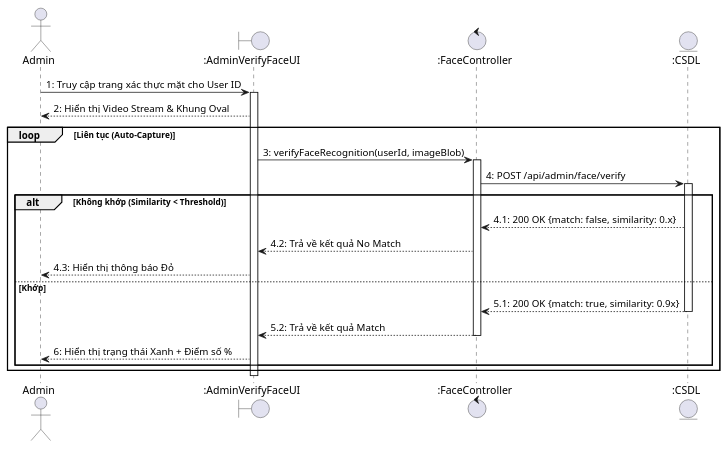
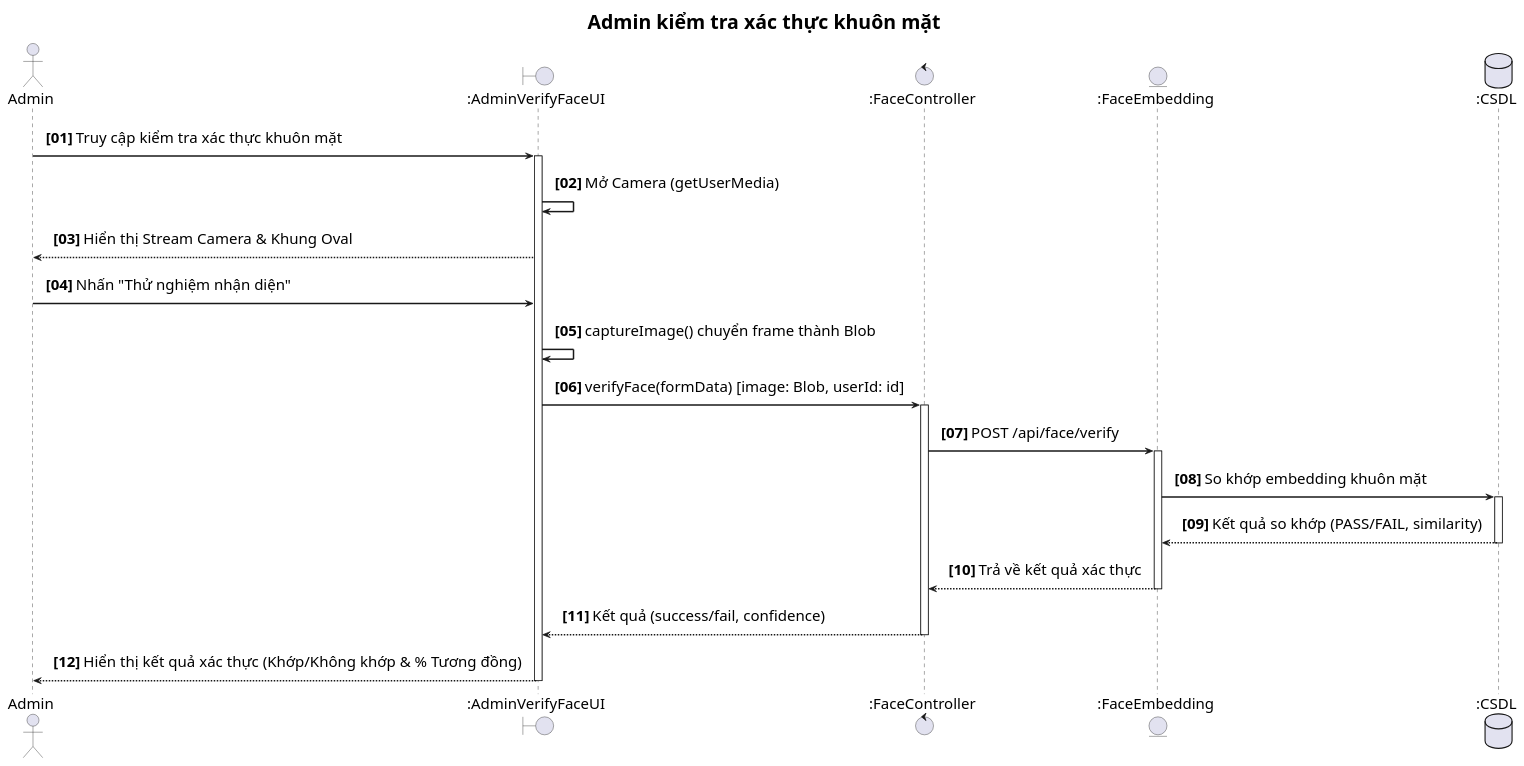
The diagram in front-end/src/usecaseUML/UC71_AdminXacThucMat.puml (Gonztbl/DATN_FRONT-END), drawn with PlantUML before and after one commit. The commit also changed 45 other files, not shown here.

```diff
--- a/front-end/src/usecaseUML/UC71_AdminXacThucMat.puml
+++ b/front-end/src/usecaseUML/UC71_AdminXacThucMat.puml
@@ -1,32 +1,52 @@
 @startuml UC71_AdminXacThucMat
-actor Admin
+title Admin kiểm tra xác thực khuôn mặt
+
+autonumber "<b>[00]</b>"
+skinparam sequenceArrowThickness 2
+skinparam roundcorner 10
+skinparam defaultFontSize 20
+skinparam titleFontSize 26
+skinparam sequenceFontSize 19
+skinparam sequenceMessageFontSize 20
+skinparam sequenceActorFontSize 20
+skinparam sequenceParticipantFontSize 20
+skinparam noteFontSize 18
+skinparam sequenceArrowFontSize 20
+skinparam sequence {
+    ParticipantPadding 30
+    LifeLinePadding 20
+    MessagePadding 10
+}
+
+actor "Admin" as Admin
 boundary ":AdminVerifyFaceUI" as UI
 control ":FaceController" as CTRL
-entity ":CSDL" as DB
+entity ":FaceEmbedding" as ENT
+database ":CSDL" as DB
 
-Admin -> UI : 1: Truy cập trang xác thực mặt cho User ID
+Admin -> UI : Truy cập kiểm tra xác thực khuôn mặt
 activate UI
 
-UI --> Admin : 2: Hiển thị Video Stream & Khung Oval
+UI -> UI : Mở Camera (getUserMedia)
+UI --> Admin : Hiển thị Stream Camera & Khung Oval
 
-loop Liên tục (Auto-Capture)
-    UI -> CTRL : 3: verifyFaceRecognition(userId, imageBlob)
-    activate CTRL
-    CTRL -> DB : 4: POST /api/admin/face/verify
-    activate DB
-    
-    alt Không khớp (Similarity < Threshold)
-        DB --> CTRL : 4.1: 200 OK {match: false, similarity: 0.x}
-        CTRL --> UI : 4.2: Trả về kết quả No Match
-        UI --> Admin : 4.3: Hiển thị thông báo Đỏ
-    else Khớp
-        DB --> CTRL : 5.1: 200 OK {match: true, similarity: 0.9x}
-        deactivate DB
-        CTRL --> UI : 5.2: Trả về kết quả Match
-        deactivate CTRL
-        UI --> Admin : 6: Hiển thị trạng thái Xanh + Điểm số %
-    end
-end
+Admin -> UI : Nhấn "Thử nghiệm nhận diện"
+UI -> UI : captureImage() chuyển frame thành Blob
+
+UI -> CTRL : verifyFace(formData) [image: Blob, userId: id]
+activate CTRL
+CTRL -> ENT : POST /api/face/verify
+activate ENT
+ENT -> DB : So khớp embedding khuôn mặt
+activate DB
+DB --> ENT : Kết quả so khớp (PASS/FAIL, similarity)
+deactivate DB
+ENT --> CTRL : Trả về kết quả xác thực
+deactivate ENT
+CTRL --> UI : Kết quả (success/fail, confidence)
+deactivate CTRL
+
+UI --> Admin : Hiển thị kết quả xác thực (Khớp/Không khớp & % Tương đồng)
 
 deactivate UI
 @enduml
```
